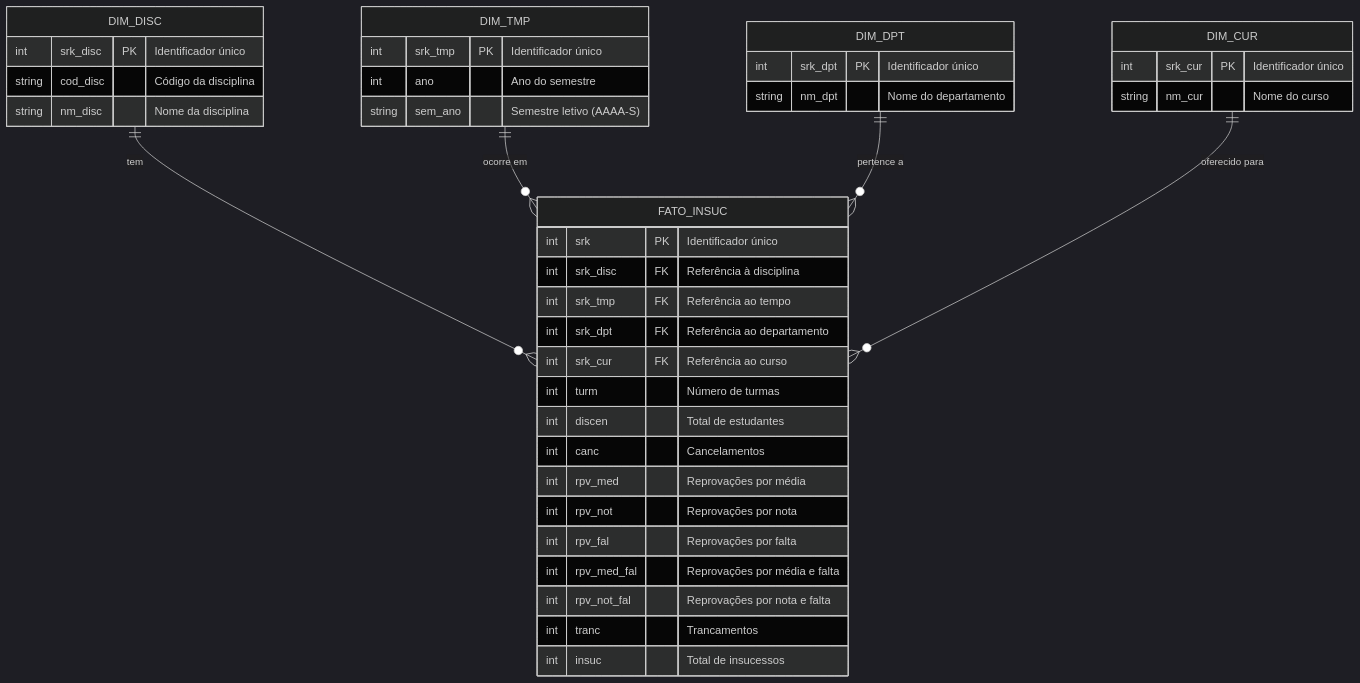
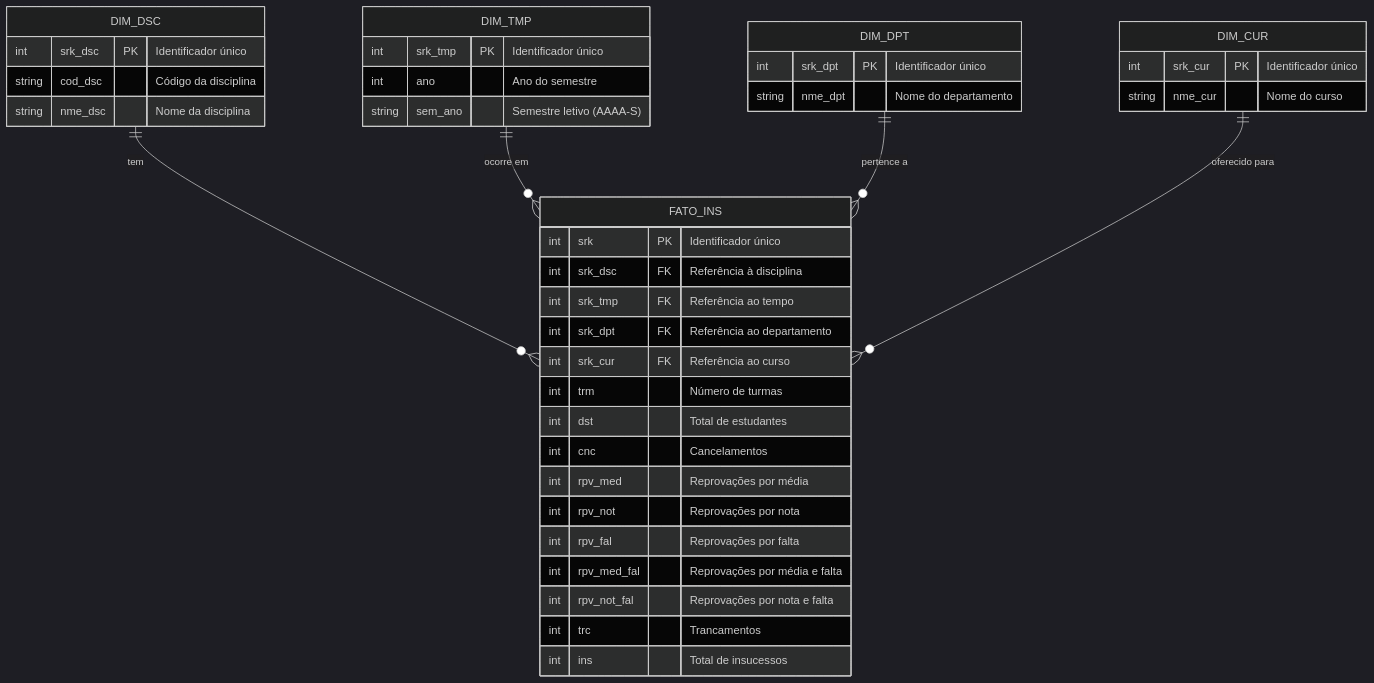
Before and after one commit to diogjunior100/unb-fcte-data-journey: the diagram in Data-Layer/gold/mer-der-dld.md, drawn with Mermaid (dark theme). The commit also changed other lines of this file and 1 other file, not shown here.

````diff
--- a/Data-Layer/gold/mer-der-dld.md
+++ b/Data-Layer/gold/mer-der-dld.md
@@ -185,47 +135,47 @@
 ```mermaid
 erDiagram
-    DIM_DISC {
-        int srk_disc PK "Identificador único"
-        string cod_disc "Código da disciplina"
-        string nm_disc "Nome da disciplina"
+    DIM_DSC {
+        int srk_dsc PK "Identificador único"
+        string cod_dsc "Código da disciplina"
+        string nme_dsc "Nome da disciplina"
     }
     
     DIM_TMP {
         int srk_tmp PK "Identificador único"
         int ano "Ano do semestre"
         string sem_ano "Semestre letivo (AAAA-S)"
     }
     
     DIM_DPT {
         int srk_dpt PK "Identificador único"
-        string nm_dpt "Nome do departamento"
+        string nme_dpt "Nome do departamento"
     }
     
     DIM_CUR {
         int srk_cur PK "Identificador único"
-        string nm_cur "Nome do curso"
+        string nme_cur "Nome do curso"
     }
     
-    FATO_INSUC {
+    FATO_INS {
         int srk PK "Identificador único"
-        int srk_disc FK "Referência à disciplina"
+        int srk_dsc FK "Referência à disciplina"
         int srk_tmp FK "Referência ao tempo"
         int srk_dpt FK "Referência ao departamento"
         int srk_cur FK "Referência ao curso"
-        int turm "Número de turmas"
-        int discen "Total de estudantes"
-        int canc "Cancelamentos"
+        int trm "Número de turmas"
+        int dst "Total de estudantes"
+        int cnc "Cancelamentos"
         int rpv_med "Reprovações por média"
         int rpv_not "Reprovações por nota"
         int rpv_fal "Reprovações por falta"
         int rpv_med_fal "Reprovações por média e falta"
         int rpv_not_fal "Reprovações por nota e falta"
-        int tranc "Trancamentos"
-        int insuc "Total de insucessos"
+        int trc "Trancamentos"
+        int ins "Total de insucessos"
     }
     
-    DIM_DISC ||--o{ FATO_INSUC : "tem"
-    DIM_TMP ||--o{ FATO_INSUC : "ocorre em"
-    DIM_DPT ||--o{ FATO_INSUC : "pertence a"
-    DIM_CUR ||--o{ FATO_INSUC : "oferecido para"
+    DIM_DSC ||--o{ FATO_INS : "tem"
+    DIM_TMP ||--o{ FATO_INS : "ocorre em"
+    DIM_DPT ||--o{ FATO_INS : "pertence a"
+    DIM_CUR ||--o{ FATO_INS : "oferecido para"
 ```
````
